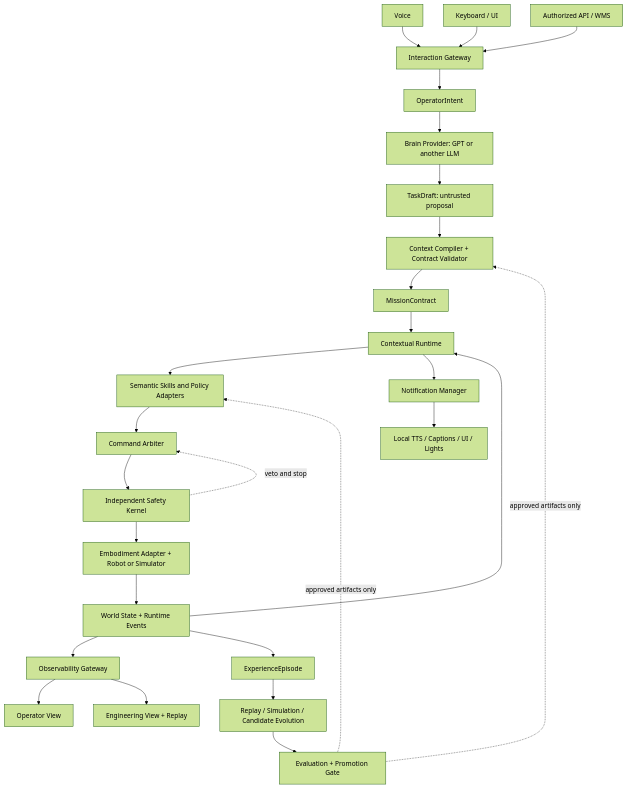
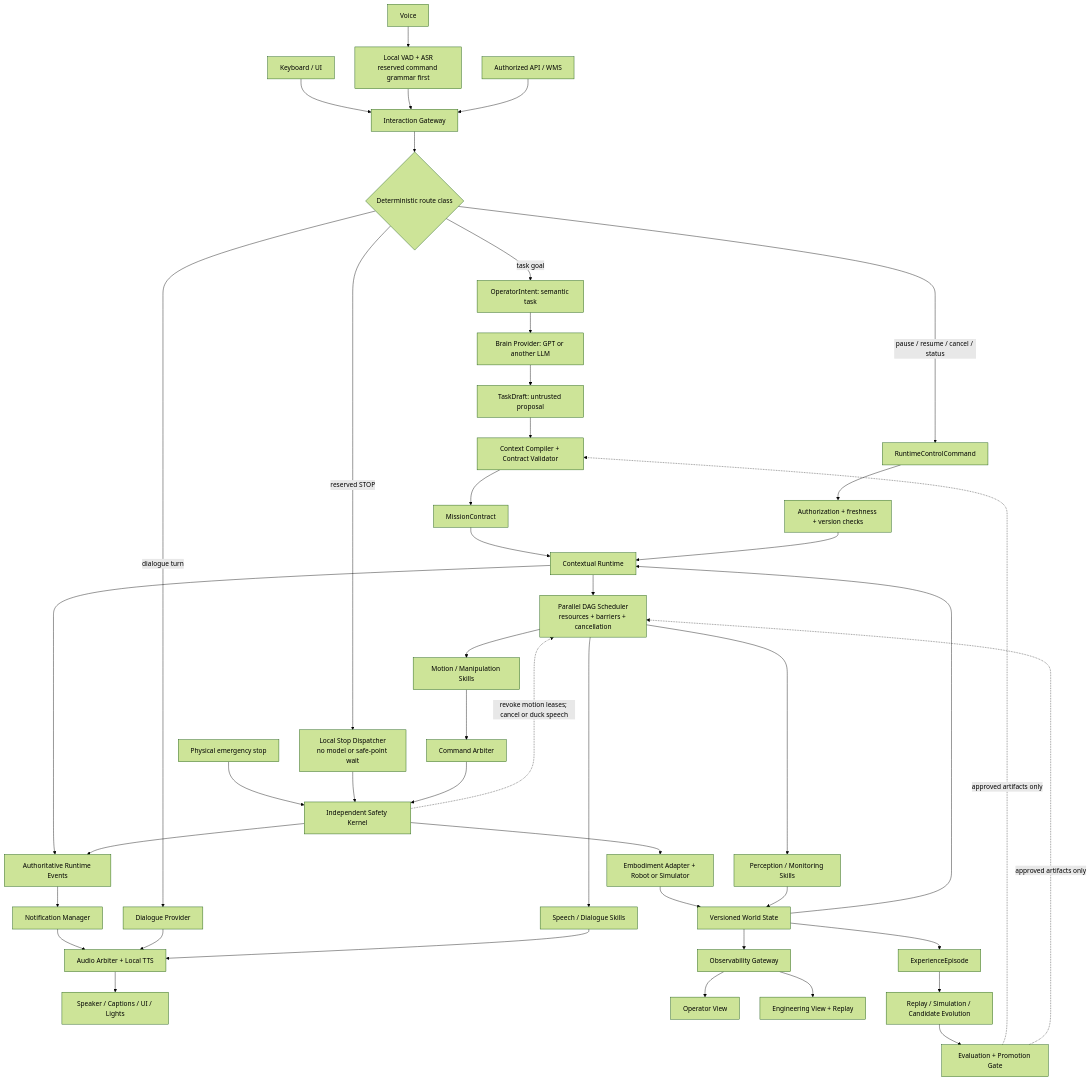
One commit to echengdee/longship changed the first of 3 diagrams in docs/architecture/system-architecture-v2.md. Above: the diagram before and after it, drawn with Mermaid (forest theme). The commit also changed other lines of this file and 16 other files, not shown here.

Commit message:
docs: add deterministic control and parallel execution

````diff
--- a/docs/architecture/system-architecture-v2.md
+++ b/docs/architecture/system-architecture-v2.md
@@ -58,31 +64,55 @@
 ```mermaid
 flowchart TB
-    Voice["Voice"] --> IG["Interaction Gateway"]
-    Keys["Keyboard / UI"] --> IG
+    Voice["Voice"] --> VoiceFront["Local VAD + ASR<br/>reserved command grammar first"]
+    Keys["Keyboard / UI"] --> IG["Interaction Gateway"]
+    VoiceFront --> IG
     WMS["Authorized API / WMS"] --> IG
-    IG --> Intent["OperatorIntent"]
+    IG --> Route{"Deterministic route class"}
+
+    Route -->|task goal| Intent["OperatorIntent: semantic task"]
     Intent --> Brain["Brain Provider: GPT or another LLM"]
     Brain --> Draft["TaskDraft: untrusted proposal"]
     Draft --> Compiler["Context Compiler + Contract Validator"]
     Compiler --> Mission["MissionContract"]
     Mission --> Runtime["Contextual Runtime"]
-    Runtime --> Skills["Semantic Skills and Policy Adapters"]
-    Skills --> Arbiter["Command Arbiter"]
-    Arbiter --> Safety["Independent Safety Kernel"]
+
+    Route -->|dialogue turn| Dialogue["Dialogue Provider"]
+    Route -->|pause / resume / cancel / status| Control["RuntimeControlCommand"]
+    Control --> ControlCheck["Authorization + freshness + version checks"]
+    ControlCheck --> Runtime
+
+    Route -->|reserved STOP| Stop["Local Stop Dispatcher<br/>no model or safe-point wait"]
+    Physical["Physical emergency stop"] --> Safety["Independent Safety Kernel"]
+    Stop --> Safety
+
+    Runtime --> Scheduler["Parallel DAG Scheduler<br/>resources + barriers + cancellation"]
+    Scheduler --> Motion["Motion / Manipulation Skills"]
+    Scheduler --> Interaction["Speech / Dialogue Skills"]
+    Scheduler --> Perception["Perception / Monitoring Skills"]
+
+    Motion --> Arbiter["Command Arbiter"]
+    Arbiter --> Safety
     Safety --> Target["Embodiment Adapter + Robot or Simulator"]
 
-    Target --> State["World State + Runtime Events"]
+    Runtime --> Events["Authoritative Runtime Events"]
+    Safety --> Events
+    Events --> Notify["Notification Manager"]
+    Notify --> Audio["Audio Arbiter + Local TTS"]
+    Dialogue --> Audio
+    Interaction --> Audio
+    Audio --> Outputs["Speaker / Captions / UI / Lights"]
+
+    Target --> State["Versioned World State"]
+    Perception --> State
     State --> Runtime
     State --> Obs["Observability Gateway"]
     Obs --> Operator["Operator View"]
     Obs --> Engineer["Engineering View + Replay"]
     State --> Episode["ExperienceEpisode"]
     Episode --> Evolution["Replay / Simulation / Candidate Evolution"]
     Evolution --> Eval["Evaluation + Promotion Gate"]
     Eval -. approved artifacts only .-> Compiler
-    Eval -. approved artifacts only .-> Skills
+    Eval -. approved artifacts only .-> Scheduler
 
-    Runtime --> Notify["Notification Manager"]
-    Notify --> Speech["Local TTS / Captions / UI / Lights"]
-    Safety -. veto and stop .-> Arbiter
+    Safety -. "revoke motion leases; cancel or duck speech" .-> Scheduler
 ```
````
